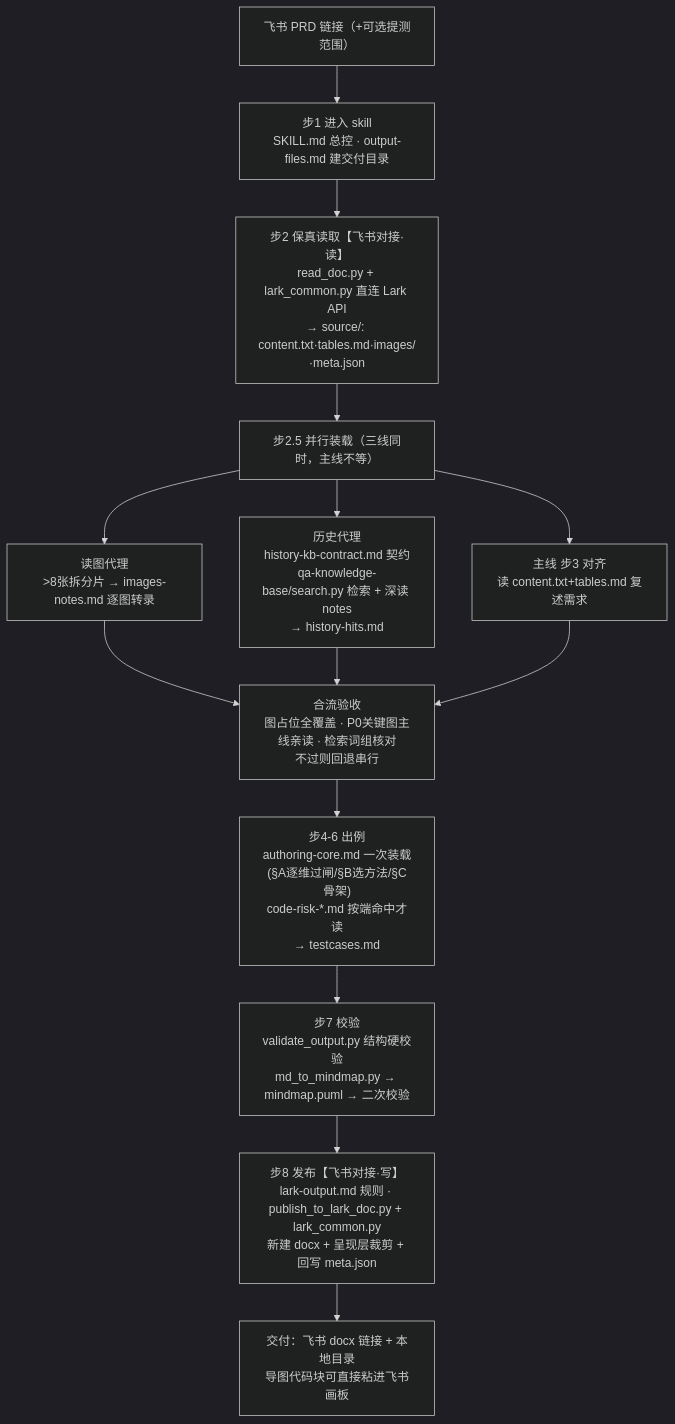
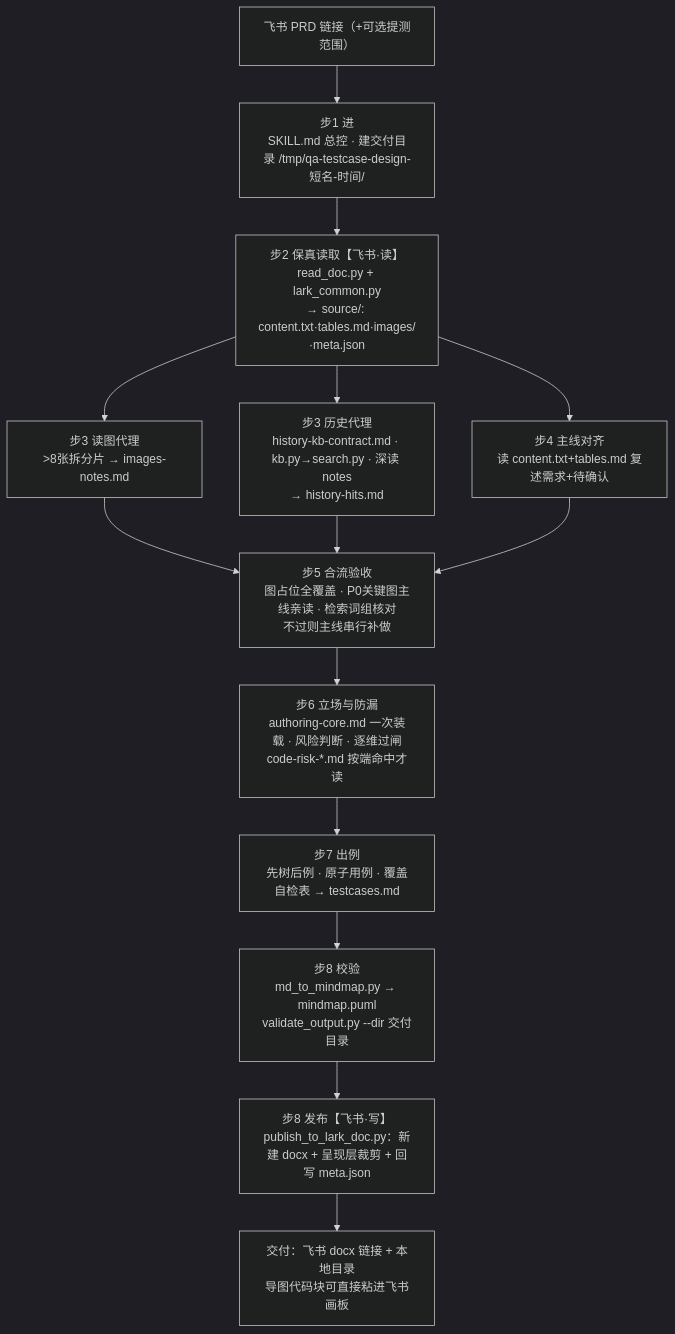
The diagram in skills/qa-testcase-design/PIPELINE.md (Areli-ga/qa-common-skill), drawn with Mermaid (dark theme) before and after one commit. The commit also changed other lines of this file and 17 other files, not shown here.

First line of the commit message:
feat(qa-testcase-design): 用例改为按端分组的「操作→结果」短链导图，取消 showcase，飞书只留风险视角

````diff
--- a/skills/qa-testcase-design/PIPELINE.md
+++ b/skills/qa-testcase-design/PIPELINE.md
@@ -8,16 +8,16 @@
 ```mermaid
 flowchart TD
-    A["飞书 PRD 链接（+可选提测范围）"] --> B["步1 进入 skill<br/>SKILL.md 总控 · output-files.md 建交付目录"]
-    B --> C["步2 保真读取【飞书对接·读】<br/>read_doc.py + lark_common.py 直连 Lark API<br/>→ source/: content.txt·tables.md·images/·meta.json"]
-    C --> D["步2.5 并行装载（三线同时，主线不等）"]
-    D --> E["读图代理<br/>>8张拆分片 → images-notes.md 逐图转录"]
-    D --> F["历史代理<br/>history-kb-contract.md 契约<br/>qa-knowledge-base/search.py 检索 + 深读 notes<br/>→ history-hits.md"]
-    D --> G["主线 步3 对齐<br/>读 content.txt+tables.md 复述需求"]
-    E --> H["合流验收<br/>图占位全覆盖 · P0关键图主线亲读 · 检索词组核对<br/>不过则回退串行"]
+    A["飞书 PRD 链接（+可选提测范围）"] --> B["步1 进<br/>SKILL.md 总控 · 建交付目录 /tmp/qa-testcase-design-短名-时间/"]
+    B --> C["步2 保真读取【飞书·读】<br/>read_doc.py + lark_common.py<br/>→ source/: content.txt·tables.md·images/·meta.json"]
+    C --> E["步3 读图代理<br/>>8张拆分片 → images-notes.md"]
+    C --> F["步3 历史代理<br/>history-kb-contract.md · kb.py→search.py · 深读 notes<br/>→ history-hits.md"]
+    C --> G["步4 主线对齐<br/>读 content.txt+tables.md 复述需求+待确认"]
+    E --> H["步5 合流验收<br/>图占位全覆盖 · P0关键图主线亲读 · 检索词组核对<br/>不过则主线串行补做"]
     F --> H
     G --> H
-    H --> I["步4-6 出例<br/>authoring-core.md 一次装载(§A逐维过闸/§B选方法/§C骨架)<br/>code-risk-*.md 按端命中才读<br/>→ testcases.md"]
-    I --> L["步7 校验<br/>validate_output.py 结构硬校验<br/>md_to_mindmap.py → mindmap.puml → 二次校验"]
-    L --> M["步8 发布【飞书对接·写】<br/>lark-output.md 规则 · publish_to_lark_doc.py + lark_common.py<br/>新建 docx + 呈现层裁剪 + 回写 meta.json"]
+    H --> I["步6 立场与防漏<br/>authoring-core.md 一次装载 · 风险判断 · 逐维过闸<br/>code-risk-*.md 按端命中才读"]
+    I --> J["步7 出例<br/>先树后例 · 原子用例 · 覆盖自检表 → testcases.md"]
+    J --> L["步8 校验<br/>md_to_mindmap.py → mindmap.puml<br/>validate_output.py --dir 交付目录"]
+    L --> M["步8 发布【飞书·写】<br/>publish_to_lark_doc.py：新建 docx + 呈现层裁剪 + 回写 meta.json"]
     M --> N["交付：飞书 docx 链接 + 本地目录<br/>导图代码块可直接粘进飞书画板"]
 ```
````
